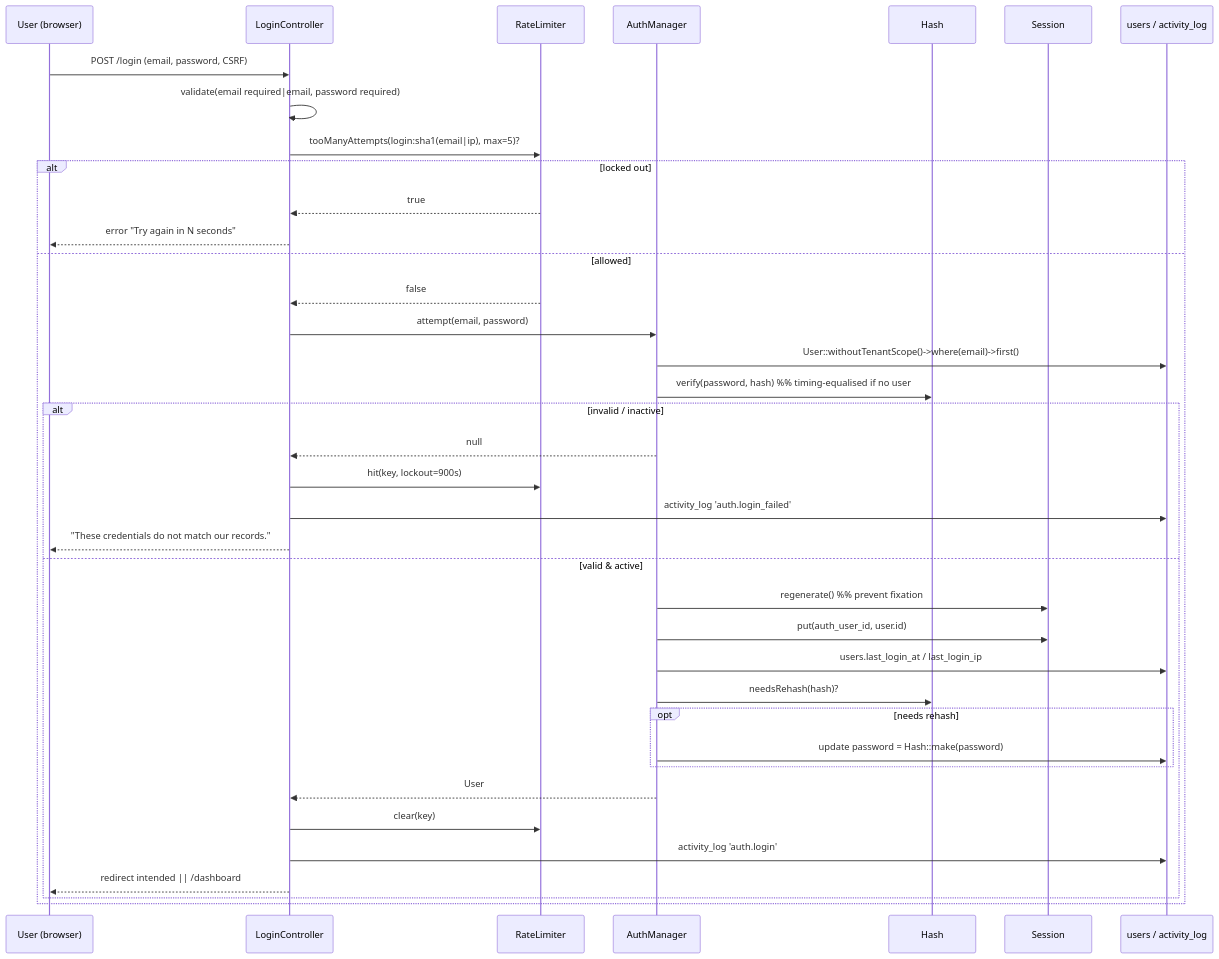
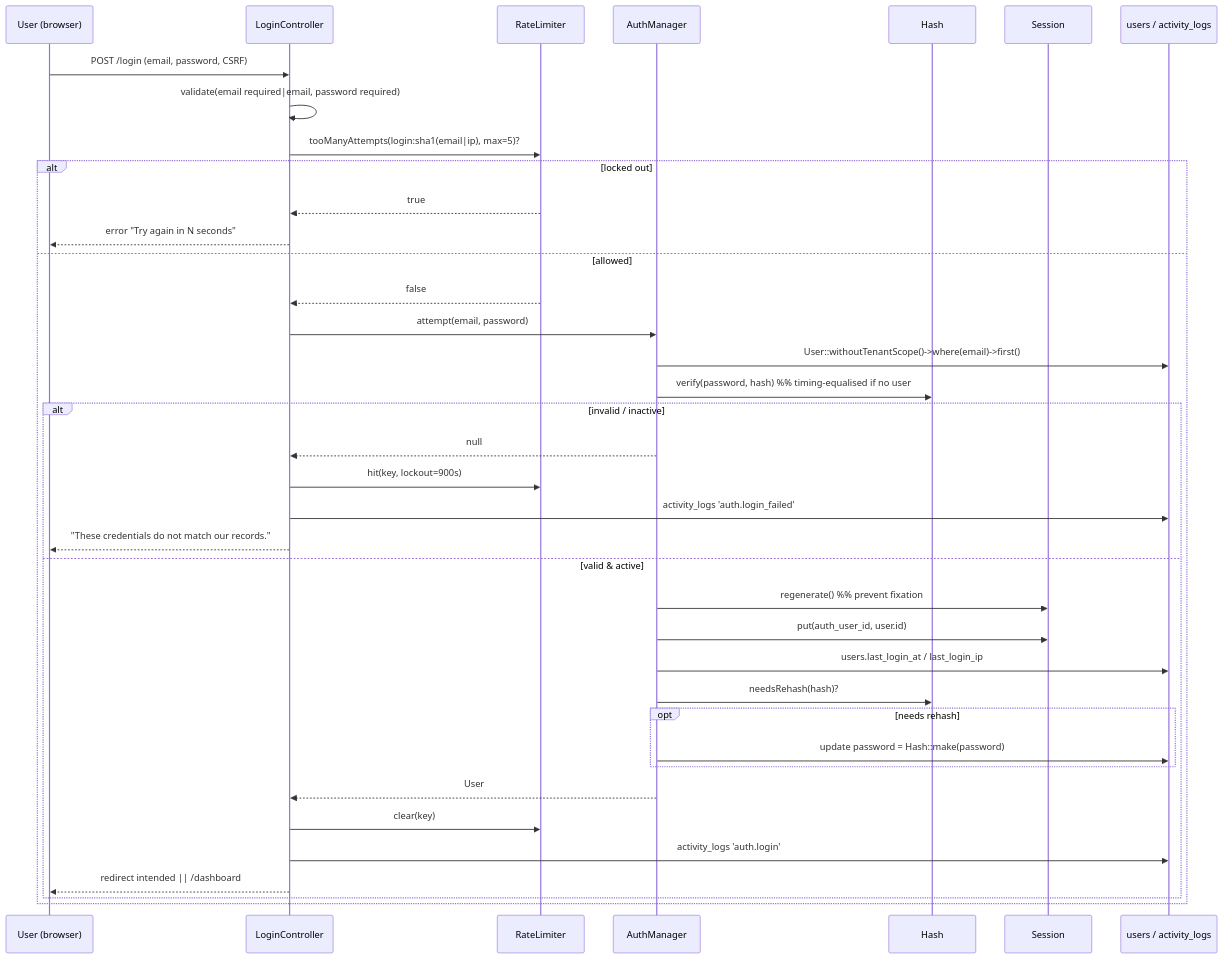
Before and after one commit to ammarnabileg/crm: the first of 2 diagrams in docs/09-Authentication.md, drawn with Mermaid. The commit also changed other lines of this file and 26 other files, not shown here.

````diff
--- a/docs/09-Authentication.md
+++ b/docs/09-Authentication.md
@@ -61,41 +61,41 @@
 ```mermaid
 sequenceDiagram
     participant U as User (browser)
     participant LC as LoginController
     participant RL as RateLimiter
     participant AM as AuthManager
     participant H as Hash
     participant S as Session
-    participant DB as users / activity_log
+    participant DB as users / activity_logs
 
     U->>LC: POST /login (email, password, CSRF)
     LC->>LC: validate(email required|email, password required)
     LC->>RL: tooManyAttempts(login:sha1(email|ip), max=5)?
     alt locked out
         RL-->>LC: true
         LC-->>U: error "Try again in N seconds"
     else allowed
         RL-->>LC: false
         LC->>AM: attempt(email, password)
         AM->>DB: User::withoutTenantScope()->where(email)->first()
         AM->>H: verify(password, hash)  %% timing-equalised if no user
         alt invalid / inactive
             AM-->>LC: null
             LC->>RL: hit(key, lockout=900s)
-            LC->>DB: activity_log 'auth.login_failed'
+            LC->>DB: activity_logs 'auth.login_failed'
             LC-->>U: "These credentials do not match our records."
         else valid & active
             AM->>S: regenerate()  %% prevent fixation
             AM->>S: put(auth_user_id, user.id)
             AM->>DB: users.last_login_at / last_login_ip
             AM->>H: needsRehash(hash)?
             opt needs rehash
                 AM->>DB: update password = Hash::make(password)
             end
             AM-->>LC: User
             LC->>RL: clear(key)
-            LC->>DB: activity_log 'auth.login'
+            LC->>DB: activity_logs 'auth.login'
             LC-->>U: redirect intended || /dashboard
         end
     end
 ```
````
